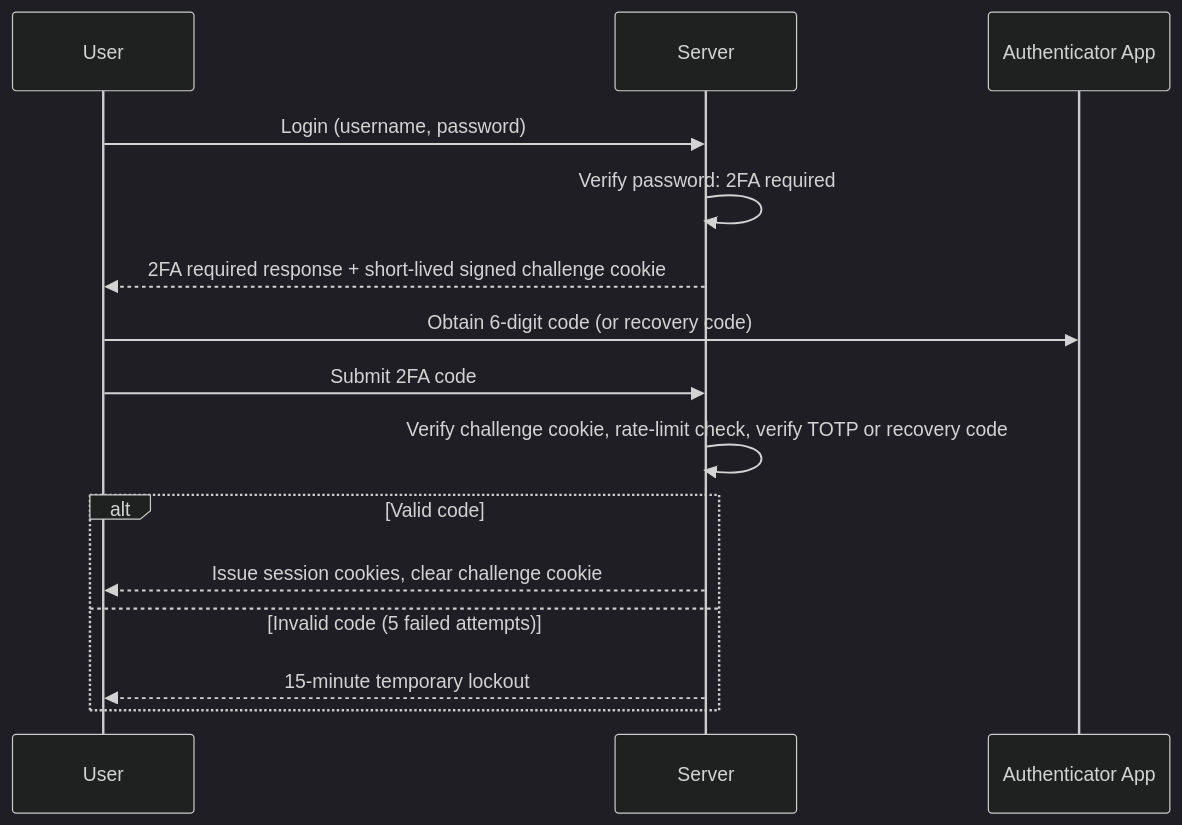
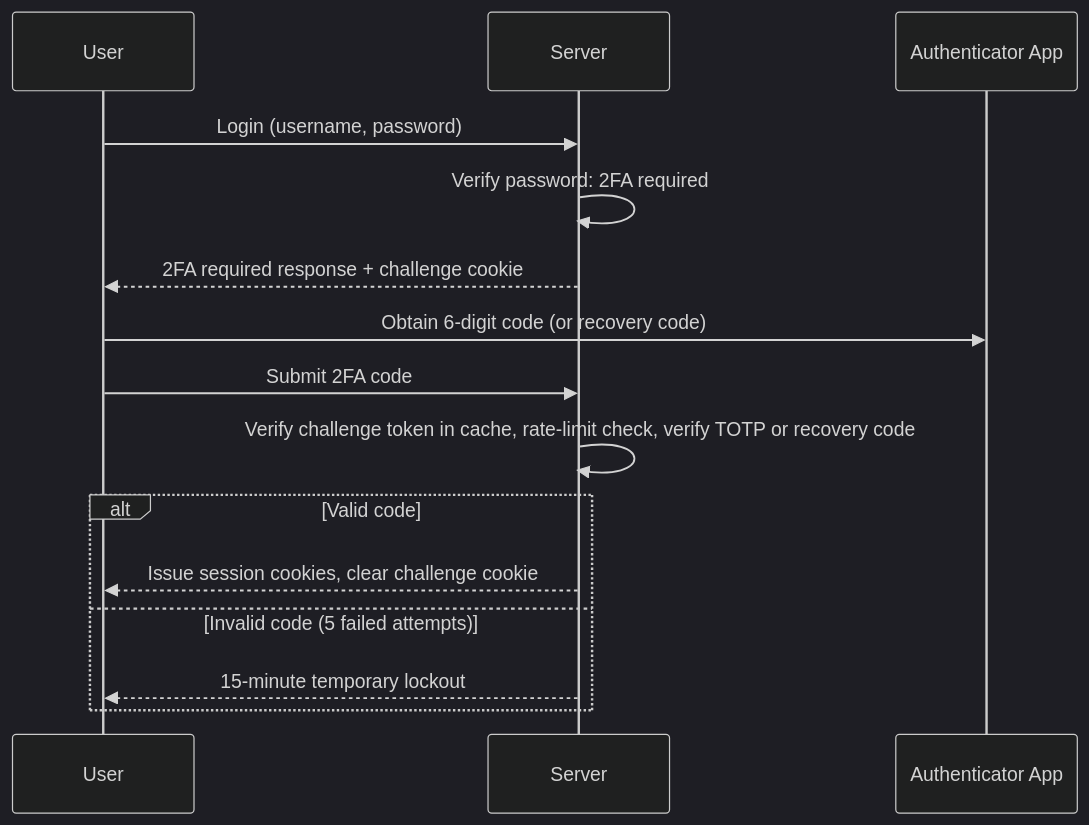
One commit to Quenary/konvoez changed the second of 2 diagrams in docs/TWO_FACTOR.md. Above: the diagram before and after it, drawn with Mermaid (dark theme). The commit also changed other lines of this file, not shown here.

Commit message:
docs: update two-factor architecture and flow specifications

````diff
--- a/docs/TWO_FACTOR.md
+++ b/docs/TWO_FACTOR.md
@@ -30,18 +30,18 @@
 ```mermaid
 sequenceDiagram
   participant U as User
   participant S as Server
   participant A as Authenticator App
 
   U->>S: Login (username, password)
   S->>S: Verify password: 2FA required
-  S-->>U: 2FA required response + short-lived signed challenge cookie
+  S-->>U: 2FA required response + challenge cookie
   U->>A: Obtain 6-digit code (or recovery code)
   U->>S: Submit 2FA code
-  S->>S: Verify challenge cookie, rate-limit check, verify TOTP or recovery code
+  S->>S: Verify challenge token in cache, rate-limit check, verify TOTP or recovery code
   alt Valid code
     S-->>U: Issue session cookies, clear challenge cookie
   else Invalid code (5 failed attempts)
     S-->>U: 15-minute temporary lockout
   end
 ```
````
